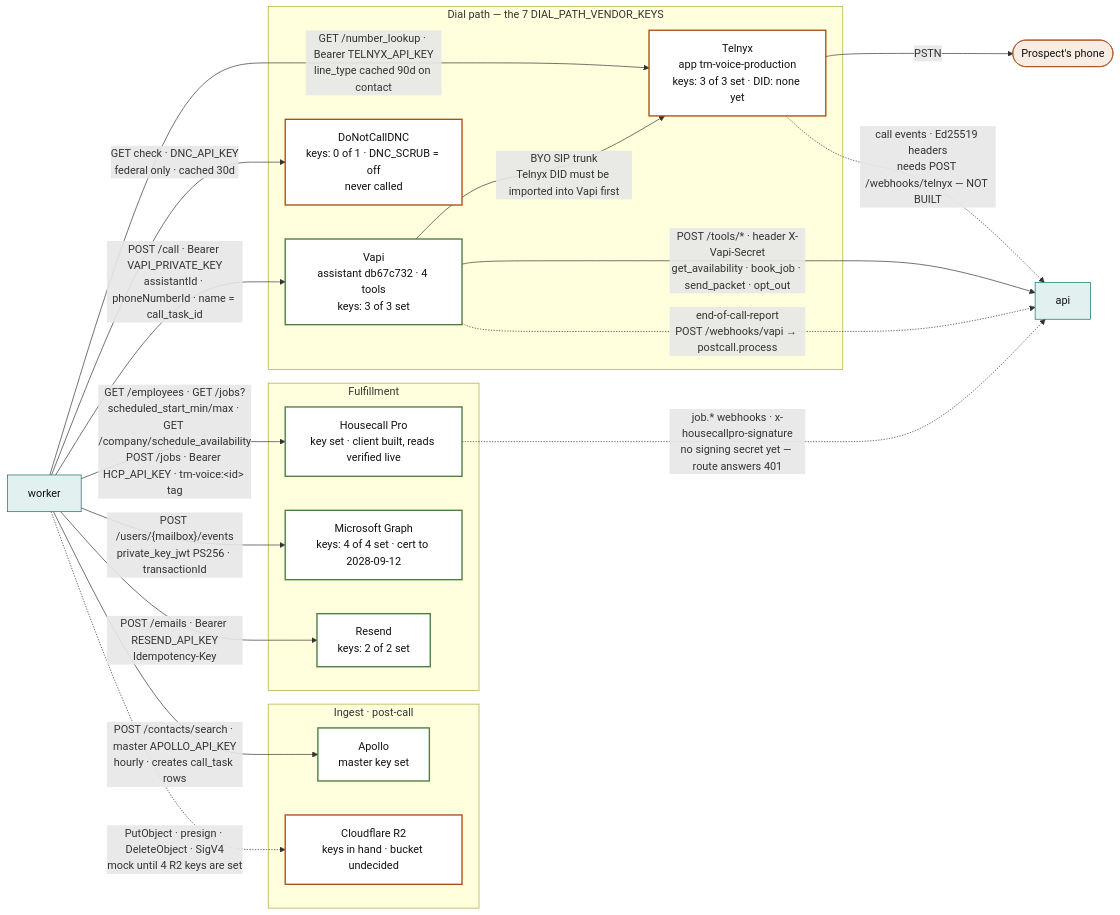
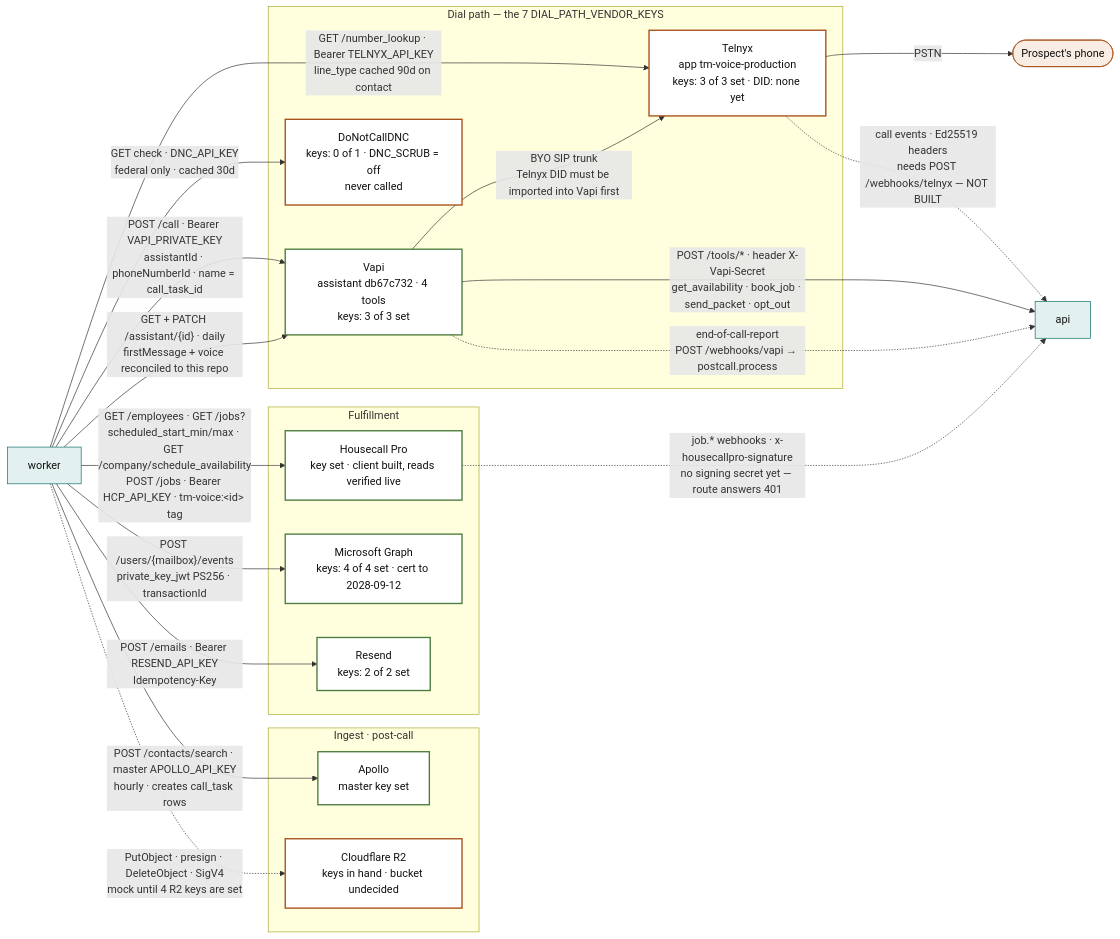
The second of 7 diagrams in docs/ARCHITECTURE.md (MAKaminski/tm-voice), drawn with Mermaid before and after one commit. The commit also changed other lines of this file and 14 other files, not shown here.

````diff
--- a/docs/ARCHITECTURE.md
+++ b/docs/ARCHITECTURE.md
@@ -73,45 +73,46 @@
 ```mermaid
 flowchart LR
   classDef svc fill:#e2f0ef,stroke:#0e6d6a,color:#111
   classDef real fill:#fff,stroke:#4d7c3f,stroke-width:2px,color:#111
   classDef partial fill:#fff,stroke:#a8501a,stroke-width:2px,color:#111
   classDef gap fill:#fff,stroke:#a8501a,stroke-dasharray:5 3,color:#a8501a
   classDef human fill:#f9ece2,stroke:#a8501a,color:#111
 
   worker["worker"]:::svc
   api["api"]:::svc
   prospect(["Prospect's phone"]):::human
 
   subgraph dialpath["Dial path — the 7 DIAL_PATH_VENDOR_KEYS"]
     vapi["Vapi<br/>assistant db67c732 · 4 tools<br/>keys: 3 of 3 set"]:::real
     telnyx["Telnyx<br/>app tm-voice-production<br/>keys: 3 of 3 set · DID: none yet"]:::partial
     dnc["DoNotCallDNC<br/>keys: 0 of 1 · DNC_SCRUB = off<br/>never called"]:::partial
   end
 
   subgraph fulfil["Fulfillment"]
     hcp["Housecall Pro<br/>key set · client built, reads verified live"]:::real
     msgraph["Microsoft Graph<br/>keys: 4 of 4 set · cert to 2028-09-12"]:::real
     resend["Resend<br/>keys: 2 of 2 set"]:::real
   end
 
   subgraph other["Ingest · post-call"]
     apollo["Apollo<br/>master key set"]:::real
     r2["Cloudflare R2<br/>keys in hand · bucket undecided"]:::partial
   end
 
   worker -->|"GET /number_lookup · Bearer TELNYX_API_KEY<br/>line_type cached 90d on contact"| telnyx
   worker -->|"GET check · DNC_API_KEY<br/>federal only · cached 30d"| dnc
   worker -->|"POST /call · Bearer VAPI_PRIVATE_KEY<br/>assistantId · phoneNumberId · name = call_task_id"| vapi
+  worker -->|"GET + PATCH /assistant/{id} · daily<br/>firstMessage + voice reconciled to this repo"| vapi
   vapi -->|"BYO SIP trunk<br/>Telnyx DID must be imported into Vapi first"| telnyx
   telnyx -->|"PSTN"| prospect
   vapi -->|"POST /tools/* · header X-Vapi-Secret<br/>get_availability · book_job · send_packet · opt_out"| api
   vapi -.->|"end-of-call-report<br/>POST /webhooks/vapi → postcall.process"| api
   telnyx -.->|"call events · Ed25519 headers<br/>needs POST /webhooks/telnyx — NOT BUILT"| api
 
   worker -->|"GET /employees · GET /jobs?scheduled_start_min/max · GET /company/schedule_availability<br/>POST /jobs · Bearer HCP_API_KEY · tm-voice:&lt;id&gt; tag"| hcp
   hcp -.->|"job.* webhooks · x-housecallpro-signature<br/>no signing secret yet — route answers 401"| api
   worker -->|"POST /users/{mailbox}/events<br/>private_key_jwt PS256 · transactionId"| msgraph
   worker -->|"POST /emails · Bearer RESEND_API_KEY<br/>Idempotency-Key"| resend
   worker -->|"POST /contacts/search · master APOLLO_API_KEY<br/>hourly · creates call_task rows"| apollo
   worker -.->|"PutObject · presign · DeleteObject · SigV4<br/>mock until 4 R2 keys are set"| r2
 ```
````
